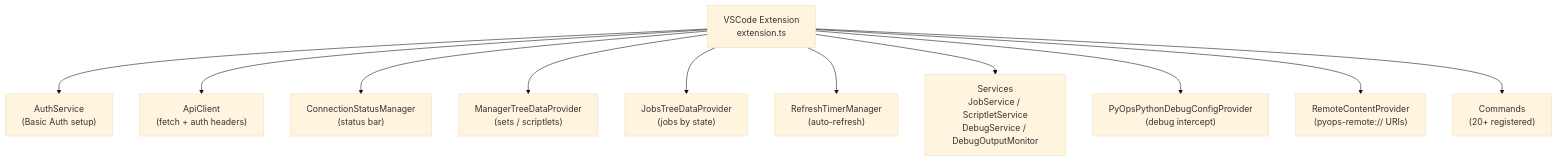
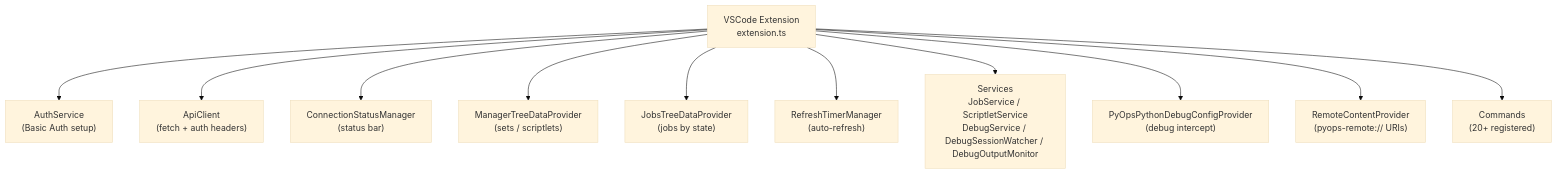
One commit to pyops-project/pyops changed the first of 2 diagrams in docs/insights_vsix.md. Above: the diagram before and after it, drawn with Mermaid (base theme). The commit also changed other lines of this file and 64 other files, not shown here.

````diff
--- a/docs/insights_vsix.md
+++ b/docs/insights_vsix.md
@@ -9,13 +9,13 @@
 ```mermaid
 flowchart TD
     A["VSCode Extension\nextension.ts"] --> B["AuthService\n(Basic Auth setup)"]
     A --> C["ApiClient\n(fetch + auth headers)"]
     A --> D["ConnectionStatusManager\n(status bar)"]
     A --> E["ManagerTreeDataProvider\n(sets / scriptlets)"]
     A --> F["JobsTreeDataProvider\n(jobs by state)"]
     A --> G["RefreshTimerManager\n(auto-refresh)"]
-    A --> H["Services\nJobService / ScriptletService\nDebugService / DebugOutputMonitor"]
+    A --> H["Services\nJobService / ScriptletService\nDebugService / DebugSessionWatcher / DebugOutputMonitor"]
     A --> I["PyOpsPythonDebugConfigProvider\n(debug intercept)"]
     A --> J["RemoteContentProvider\n(pyops-remote:// URIs)"]
     A --> K["Commands\n(20+ registered)"]
 ```
````
